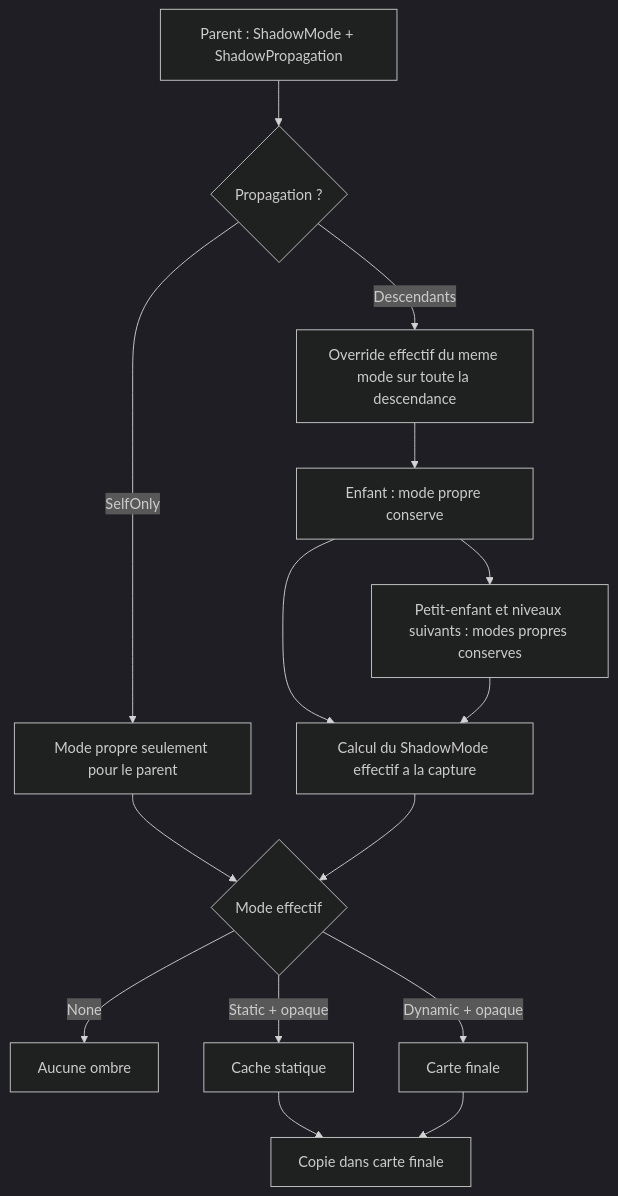
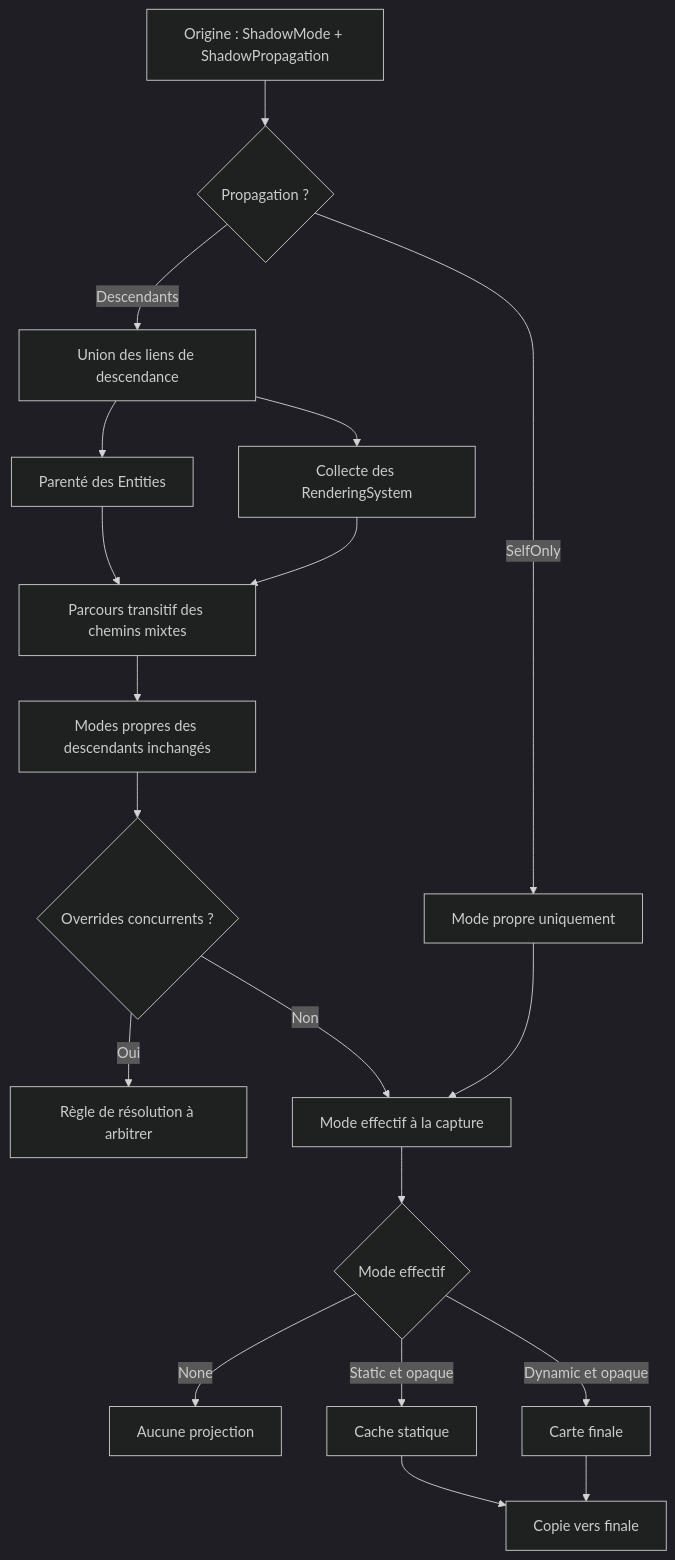
Diagram 12 of 13 in docs/voxel-engine-v0.1.4-specification.md (EreliaStudio/Sparkle), drawn with Mermaid (dark theme) before and after one commit. The commit also changed other lines of this file, not shown here.

Commit message:
docs(v0.1.4): define mixed Entity ancestry and RenderingSystem collection for ShadowPropagation

````diff
--- a/docs/voxel-engine-v0.1.4-specification.md
+++ b/docs/voxel-engine-v0.1.4-specification.md
@@ -1042,17 +1056,21 @@
 ```mermaid
 flowchart TD
-  Parent["Parent : ShadowMode + ShadowPropagation"] --> P{"Propagation ?"}
-  P -->|"SelfOnly"| Own["Mode propre seulement pour le parent"]
-  P -->|"Descendants"| Override["Override effectif du meme mode sur toute la descendance"]
-  Override --> Child["Enfant : mode propre conserve"]
-  Child --> GrandChild["Petit-enfant et niveaux suivants : modes propres conserves"]
-  Child --> E["Calcul du ShadowMode effectif a la capture"]
-  GrandChild --> E
-  Own --> Mode{"Mode effectif"}
-  E --> Mode
-  Mode -->|"None"| No["Aucune ombre"]
-  Mode -->|"Static + opaque"| Static["Cache statique"]
-  Mode -->|"Dynamic + opaque"| Dynamic["Carte finale"]
-  Static --> Final["Copie dans carte finale"]
+  Parent["Origine : ShadowMode + ShadowPropagation"] --> P{"Propagation ?"}
+  P -->|"SelfOnly"| Own["Mode propre uniquement"]
+  P -->|"Descendants"| Union["Union des liens de descendance"]
+  Union --> Entity["Parenté des Entities"]
+  Union --> System["Collecte des RenderingSystem"]
+  Entity --> Traverse["Parcours transitif des chemins mixtes"]
+  System --> Traverse
+  Traverse --> Keep["Modes propres des descendants inchangés"]
+  Keep --> Conflicts{"Overrides concurrents ?"}
+  Conflicts -->|"Oui"| Open["Règle de résolution à arbitrer"]
+  Conflicts -->|"Non"| Effective["Mode effectif à la capture"]
+  Own --> Effective
+  Effective --> M{"Mode effectif"}
+  M -->|"None"| No["Aucune projection"]
+  M -->|"Static et opaque"| Static["Cache statique"]
+  M -->|"Dynamic et opaque"| Dynamic["Carte finale"]
+  Static --> Final["Copie vers finale"]
   Dynamic --> Final
 ```
````
